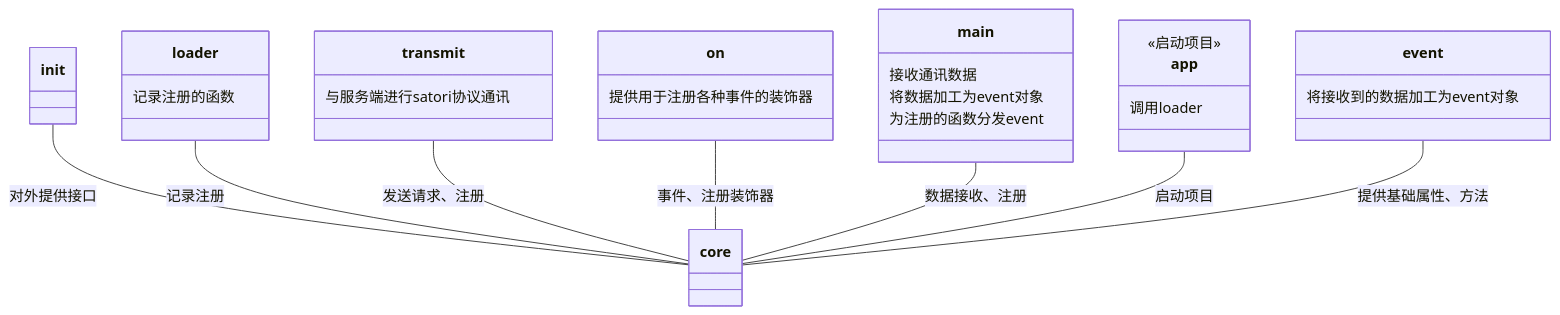
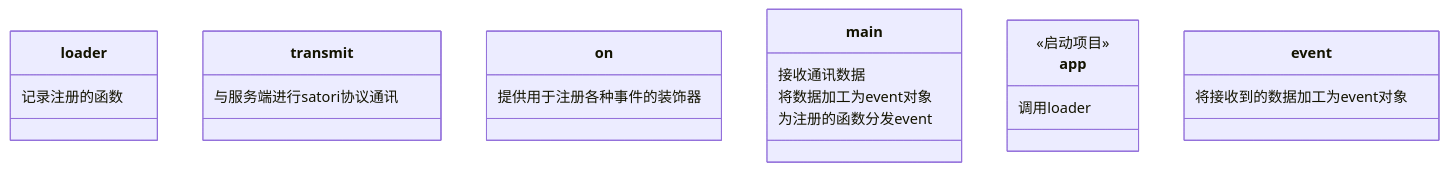
The first of 2 diagrams in README.md (kumoSleeping/TomorinBot), drawn with Mermaid before and after one commit. The commit also changed other lines of this file, not shown here.

````diff
--- a/README.md
+++ b/README.md
@@ -53,39 +53,31 @@
 ```mermaid
 
 classDiagram
-    class core { 
-    }
+
 
     class loader{
         记录注册的函数
     }
     class transmit{
         与服务端进行satori协议通讯
     }
     class on{
         提供用于注册各种事件的装饰器
     }
     class main{
         接收通讯数据
         将数据加工为event对象
         为注册的函数分发event
     }
     class app{
         <<启动项目>>
         调用loader
     }
 
     class event{
         将接收到的数据加工为event对象
     }
 
-    __init__ -- core : 对外提供接口
-    loader -- core : 记录注册
-    transmit -- core : 发送请求、注册
-    on -- core : 事件、注册装饰器
-    main -- core : 数据接收、注册
-    app -- core : 启动项目
-    event -- core : 提供基础属性、方法
 
 
 ```
````
